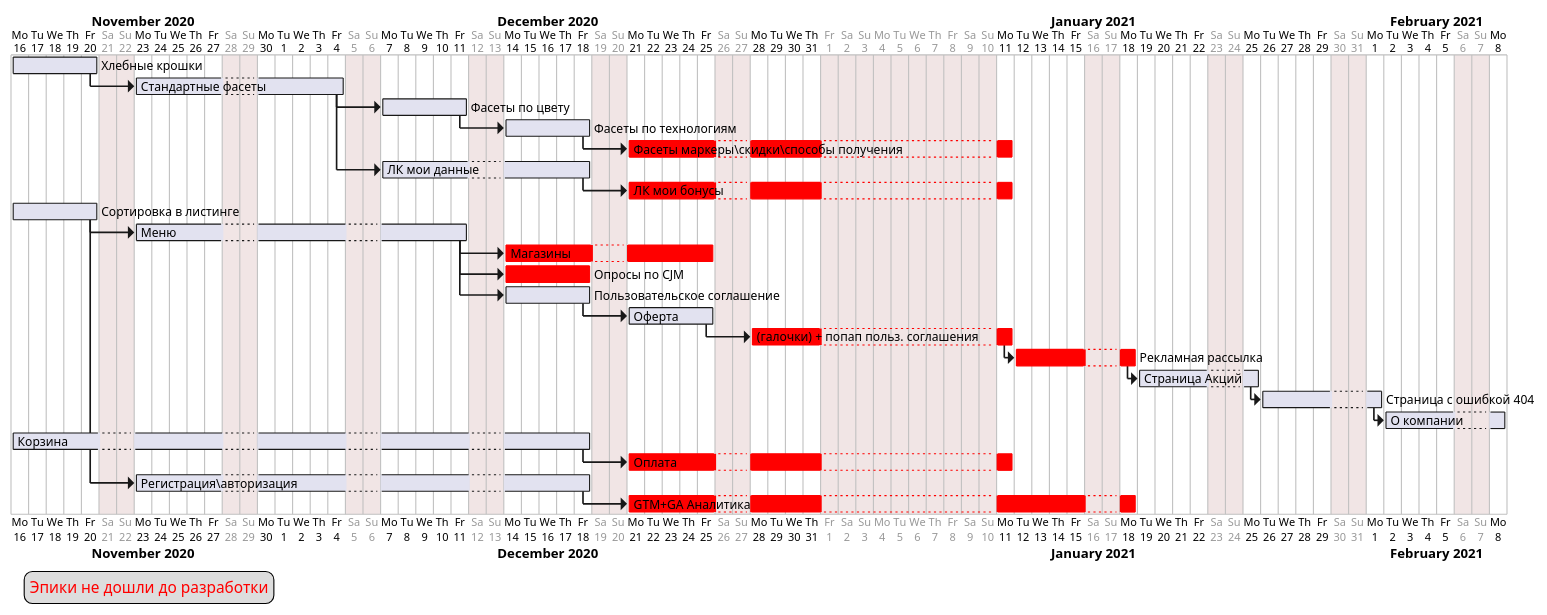
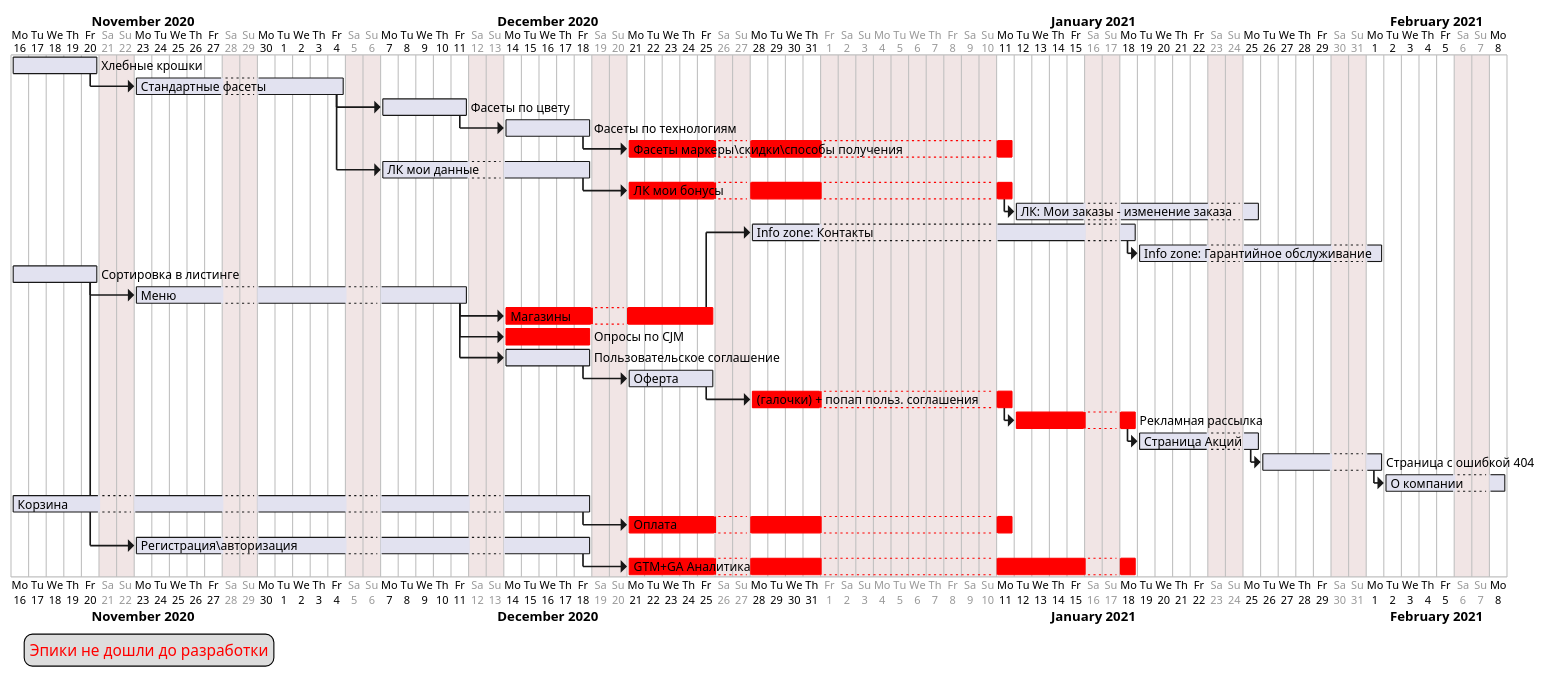
Before and after one commit to ViKt0R-K/plantuml: the diagram in roadMap.puml, drawn with PlantUML.

```diff
--- a/roadMap.puml
+++ b/roadMap.puml
@@ -1,72 +1,77 @@
 @startgantt
 project starts the 2020/11/16
 saturday are closed
 sunday are closed
 '2020/12/09 is closed
 2021/01/01 to 2021/01/10 is closed
 
 [Хлебные крошки] as [categoryBranch] lasts 1 week
 [Стандартные фасеты] as [fasets] lasts 2 week
 [Фасеты по цвету] as [fasetsC] lasts 1 week
 [Фасеты по технологиям] as [fasetsT] lasts 1 week
 [Фасеты маркеры\скидки\способы получения] as [fasetsH] lasts 2 week
 
 [ЛК мои данные] as [userHome] lasts 2 week
 [ЛК мои бонусы] as [userBonus] lasts 2 week
+[ЛК: Мои заказы - изменение заказа] as [order] lasts 2 week
+[Info zone: Контакты] as [Info_zone_K] lasts 2 week
+[Info zone: Гарантийное обслуживание​] as [Info_zone_G] lasts 2 week
 
 [Сортировка в листинге] as [sort] lasts 1 week
 [Меню] as [menu] lasts 3 week
 [Магазины] as [store] lasts 2 week
 [Опросы по CJM] as [cjm] lasts 1 week
 [Пользовательское соглашение] as [privacy] lasts 1 week
 [Оферта] as [oferta] lasts 1 week
 [(галочки) + попап польз. соглашения] as [privacyPopUp] lasts 1 week
 [Рекламная рассылка] as [promo] lasts 1 week
 [Страница Акций] as [action] lasts 1 week
 [Страница с ошибкой 404] as [404] lasts 1 week
 [О компании] as [about] lasts 1 week
 
 [Корзина] as [cart] lasts 5 week
 [Оплата] as [checkout] lasts 2 week
 
 [Регистрация\авторизация] as [auth] lasts 4 week
 [GTM+GA Аналитика] as [gtmGa] lasts 3 week
 
 [fasetsH] is colored in red
 [store] is colored in red
 [userBonus] is colored in red
 [cjm] is colored in red
 [privacyPopUp] is colored in red
 [promo] is colored in red
 [gtmGa] is colored in red
 [checkout] is colored in red
 
 [categoryBranch]->[fasets]
 [fasets]->[fasetsC]
 [fasetsC]->[fasetsT]
 [fasetsT]->[fasetsH]
 [fasets]->[userHome]
 [userHome]->[userBonus]
-
+[userBonus]->[order]
 
 [sort]->[menu]
 [menu]->[store]
+[store]->[Info_zone_K]
+[Info_zone_K]->[Info_zone_G]
 [menu]->[cjm]
 [menu]->[privacy]
 [privacy]->[oferta]
 [oferta]->[privacyPopUp]
 [privacyPopUp]-> [promo]
 [promo]-> [action]
 [action]-> [404]
 [404]-> [about]
 
 [cart]->[checkout]
 
 [sort]->[auth]
 [auth]->[gtmGa]
 
 legend left
 <font color=red>Эпики не дошли до разработки</font>
 endlegend
 
 @endgantt
```
